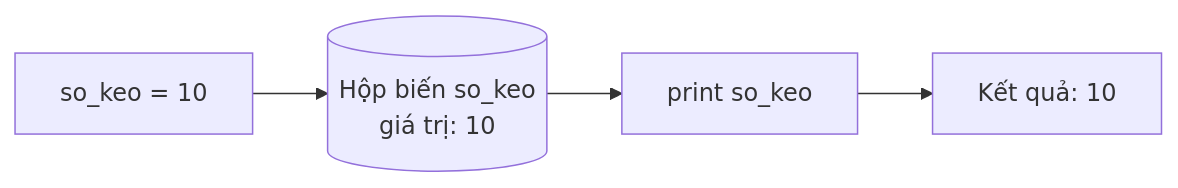
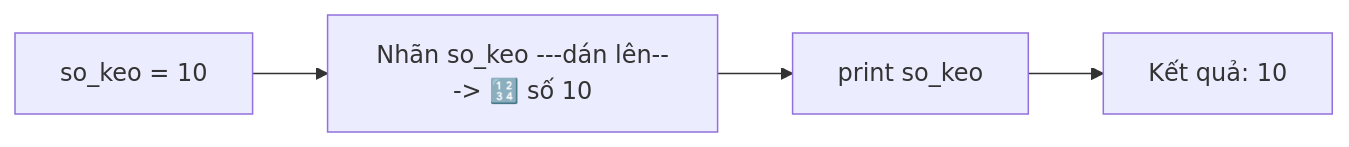
One commit to DaiVietForWork-81/HyperHub-Python changed the first of 2 diagrams in 01-Co-Ban/04-Bien/bai.md. Above: the diagram before and after it, drawn with Mermaid. The commit also changed other lines of this file and 1 other file, not shown here.

````diff
--- a/01-Co-Ban/04-Bien/bai.md
+++ b/01-Co-Ban/04-Bien/bai.md
@@ -39,6 +43,6 @@
 ```mermaid
 flowchart LR
-    A["so_keo = 10"] --> B[("Hộp biến so_keo<br/>giá trị: 10")]
+    A["so_keo = 10"] --> B["Nhãn so_keo ---dán lên---> 🔢 số 10"]
     B --> C[print so_keo]
     C --> D["Kết quả: 10"]
 ```
````
